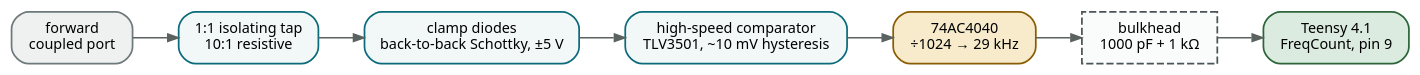
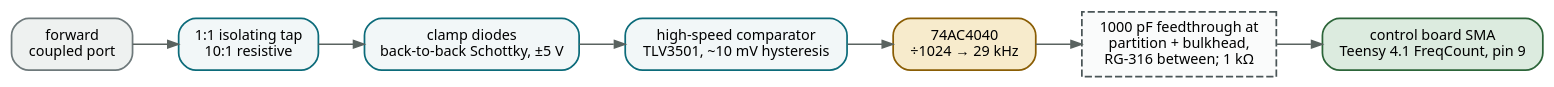
One commit to driador/antenna-tuner changed the diagram in doc/diagrams/counter.dot. Above: the diagram before and after it, drawn with Graphviz. The commit also changed 55 other files, not shown here.

```diff
--- a/doc/diagrams/counter.dot
+++ b/doc/diagrams/counter.dot
@@ -1,18 +1,18 @@
 digraph c {
   rankdir=LR; nodesep=0.25; ranksep=0.45;
   graph [fontname="Noto Sans", fontsize=10, bgcolor="transparent", pad=0.15];
   node  [fontname="Noto Sans", fontsize=10, shape=box, style="rounded,filled",
          fillcolor="#F2F7F8", color="#0C6B7A", penwidth=1.2, margin="0.16,0.09"];
   edge  [fontname="Noto Sans", fontsize=8.5, color="#5A6360", arrowsize=0.75,
          fontcolor="#4A5557"];
 
   fwd  [label="forward\ncoupled port", fillcolor="#EEF1F0", color="#6E797B"];
   tap  [label="1:1 isolating tap\n10:1 resistive"];
   clmp [label="clamp diodes\nback-to-back Schottky, ±5 V"];
   cmp  [label="high-speed comparator\nTLV3501, ~10 mV hysteresis"];
   div  [label="74AC4040\n÷1024 → 29 kHz", fillcolor="#F7EBCC", color="#8A5D04"];
-  bulk [label="bulkhead\n1000 pF + 1 kΩ", shape=box, style="filled,dashed",
+  bulk [label="1000 pF feedthrough at\npartition + bulkhead,\nRG-316 between; 1 kΩ", shape=box, style="filled,dashed",
         fillcolor="#FAFBFB", color="#4A5557"];
-  mcu  [label="Teensy 4.1\nFreqCount, pin 9", fillcolor="#DCEBDF", color="#2C6539"];
+  mcu  [label="control board SMA\nTeensy 4.1 FreqCount, pin 9", fillcolor="#DCEBDF", color="#2C6539"];
   fwd->tap->clmp->cmp->div->bulk->mcu;
 }
```
